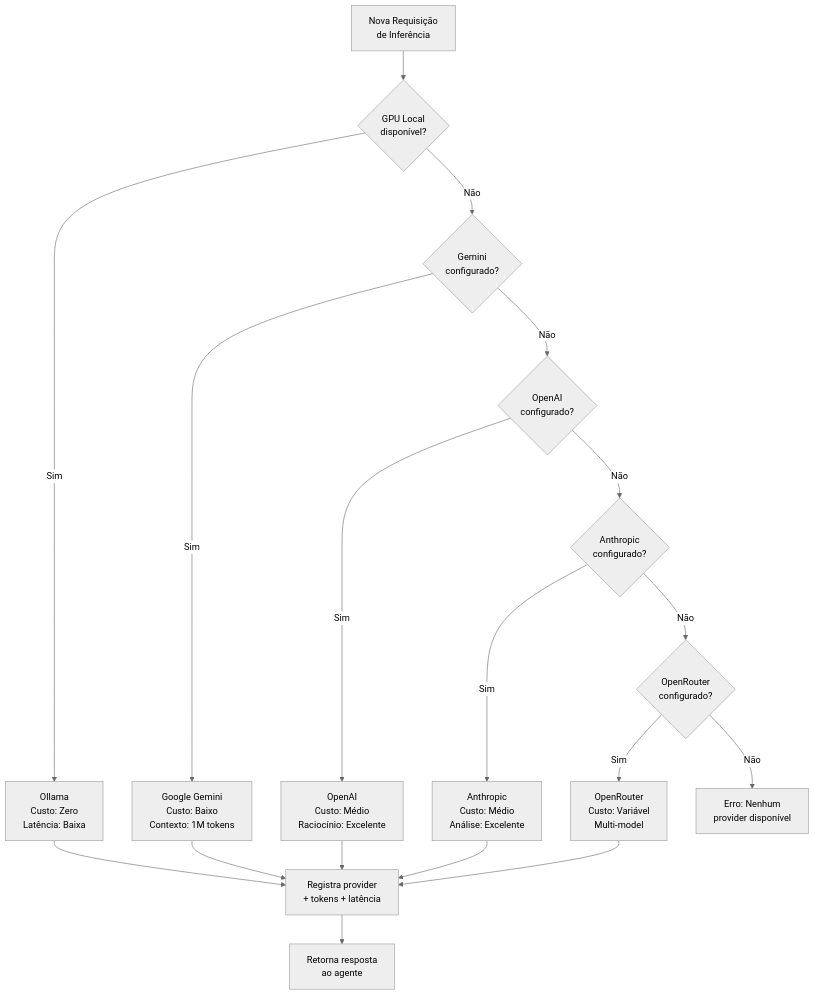
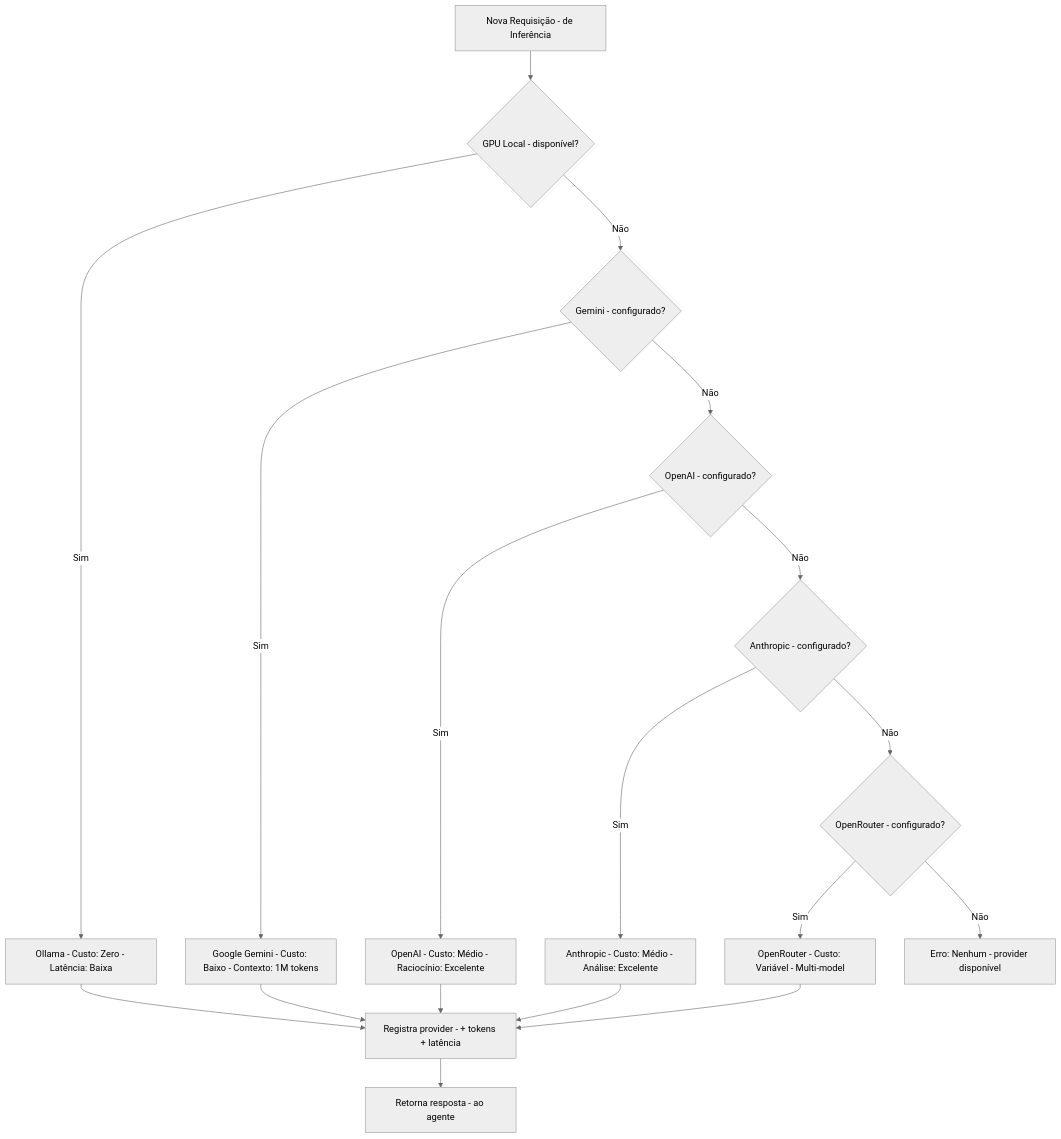
Before and after one commit to SperryTecnologia/debuga-ai: the fifth of 11 diagrams in docs/ARCHITECTURE_PTBR.md, drawn with Mermaid (neutral theme). The commit also changed other lines of this file and 213 other files, not shown here.

````diff
--- a/docs/ARCHITECTURE_PTBR.md
+++ b/docs/ARCHITECTURE_PTBR.md
@@ -237,26 +237,26 @@
 ```mermaid
 flowchart TD
-    START[Nova Requisição<br/>de Inferência] --> CHECK1{GPU Local<br/>disponível?}
+    START[Nova Requisição - de Inferência] --> CHECK1{GPU Local - disponível?}
 
-    CHECK1 -->|Sim| OLLAMA[Ollama<br/>Custo: Zero<br/>Latência: Baixa]
-    CHECK1 -->|Não| CHECK2{Gemini<br/>configurado?}
+    CHECK1 -->|Sim| OLLAMA[Ollama - Custo: Zero - Latência: Baixa]
+    CHECK1 -->|Não| CHECK2{Gemini - configurado?}
 
-    CHECK2 -->|Sim| GEMINI[Google Gemini<br/>Custo: Baixo<br/>Contexto: 1M tokens]
-    CHECK2 -->|Não| CHECK3{OpenAI<br/>configurado?}
+    CHECK2 -->|Sim| GEMINI[Google Gemini - Custo: Baixo - Contexto: 1M tokens]
+    CHECK2 -->|Não| CHECK3{OpenAI - configurado?}
 
-    CHECK3 -->|Sim| OPENAI[OpenAI<br/>Custo: Médio<br/>Raciocínio: Excelente]
-    CHECK3 -->|Não| CHECK4{Anthropic<br/>configurado?}
+    CHECK3 -->|Sim| OPENAI[OpenAI - Custo: Médio - Raciocínio: Excelente]
+    CHECK3 -->|Não| CHECK4{Anthropic - configurado?}
 
-    CHECK4 -->|Sim| ANTHROPIC[Anthropic<br/>Custo: Médio<br/>Análise: Excelente]
-    CHECK4 -->|Não| CHECK5{OpenRouter<br/>configurado?}
+    CHECK4 -->|Sim| ANTHROPIC[Anthropic - Custo: Médio - Análise: Excelente]
+    CHECK4 -->|Não| CHECK5{OpenRouter - configurado?}
 
-    CHECK5 -->|Sim| OPENROUTER[OpenRouter<br/>Custo: Variável<br/>Multi-model]
-    CHECK5 -->|Não| ERROR[Erro: Nenhum<br/>provider disponível]
+    CHECK5 -->|Sim| OPENROUTER[OpenRouter - Custo: Variável - Multi-model]
+    CHECK5 -->|Não| ERROR[Erro: Nenhum - provider disponível]
 
-    OLLAMA --> LOG[Registra provider<br/>+ tokens + latência]
+    OLLAMA --> LOG[Registra provider - + tokens + latência]
     GEMINI --> LOG
     OPENAI --> LOG
     ANTHROPIC --> LOG
     OPENROUTER --> LOG
-    LOG --> RETURN[Retorna resposta<br/>ao agente]
+    LOG --> RETURN[Retorna resposta - ao agente]
 ```
````
